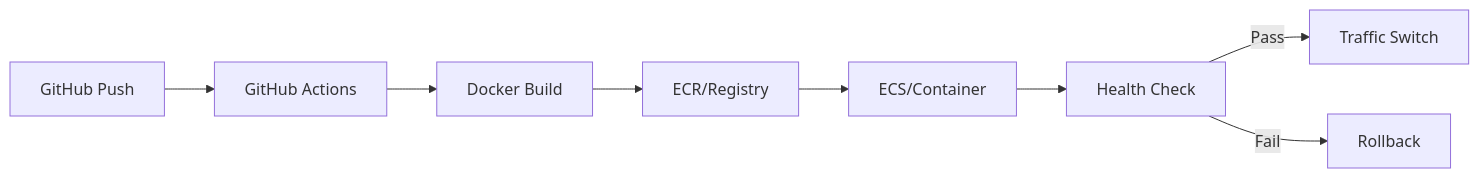
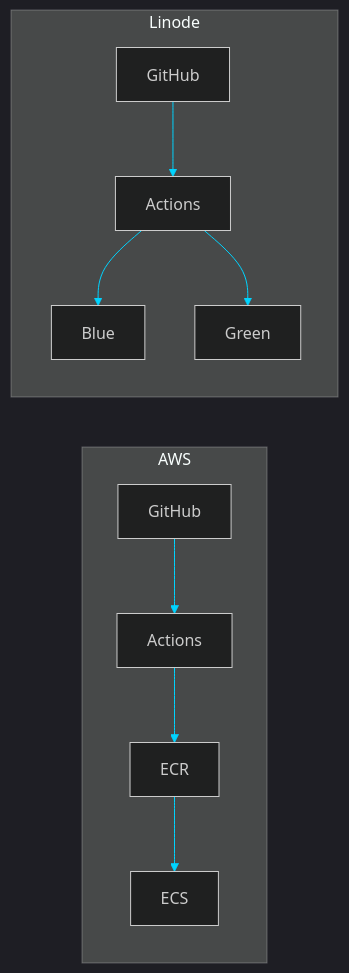
Before and after one commit to rishi-sangare/rishi-sangare: the third of 4 diagrams in README.md, drawn with Mermaid. The commit also changed other lines of this file, not shown here.

````diff
--- a/README.md
+++ b/README.md
@@ -79,10 +119,10 @@
 ```mermaid
+%%{init: {'theme': 'dark', 'themeVariables': { 'primaryColor': '#f778ba', 'primaryTextColor': '#fff', 'lineColor': '#00d4ff'}}}%%
 flowchart LR
-    A[GitHub Push] --> B[GitHub Actions]
-    B --> C[Docker Build]
-    C --> D[ECR/Registry]
-    D --> E[ECS/Container]
-    E --> F[Health Check]
-    F -->|Pass| G[Traffic Switch]
-    F -->|Fail| H[Rollback]
+    subgraph AWS
+        A1[GitHub] --> A2[Actions] --> A3[ECR] --> A4[ECS]
+    end
+    subgraph Linode
+        L1[GitHub] --> L2[Actions] --> L3[Blue] & L4[Green]
+    end
 ```
````
